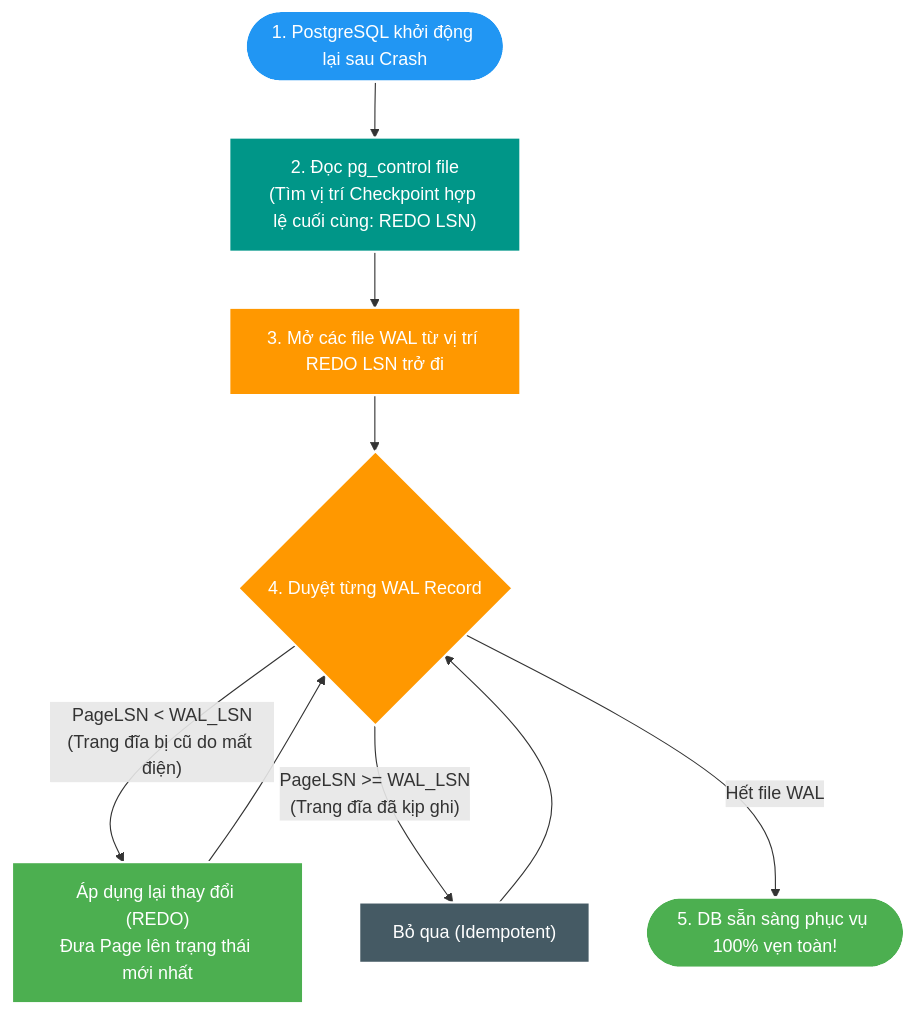
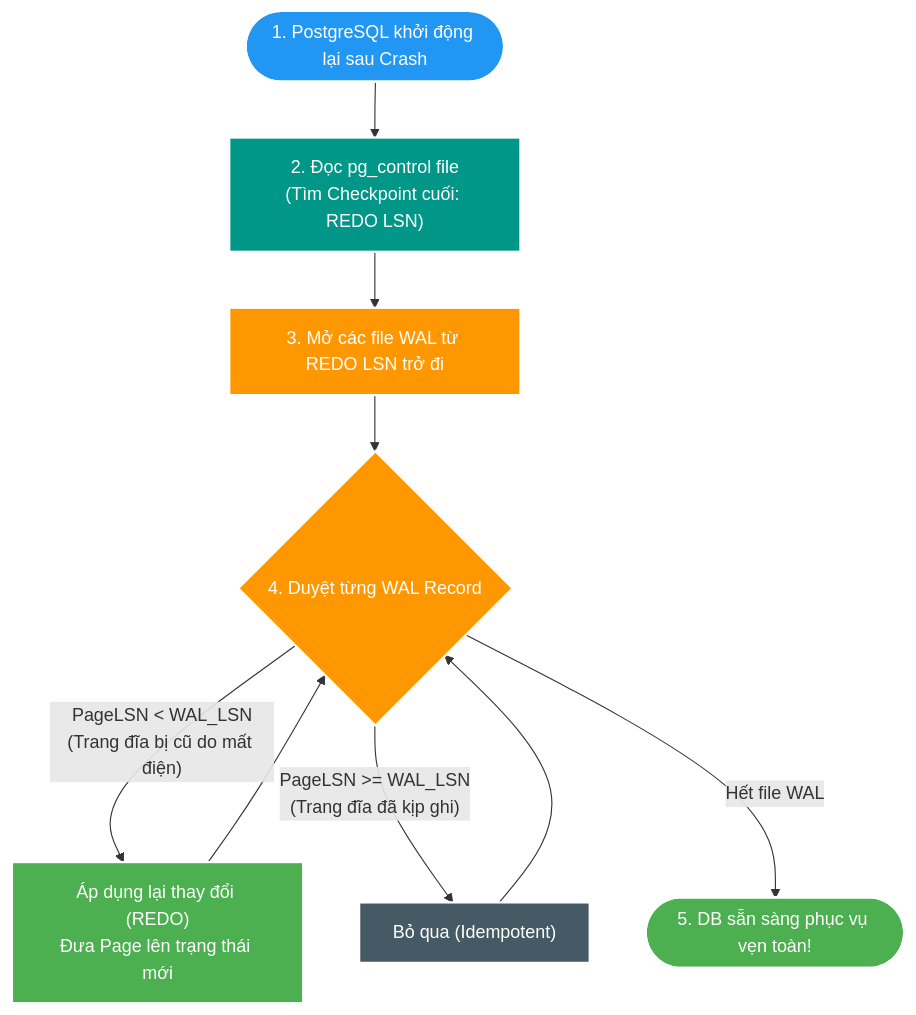
Before and after one commit to HungPhan200591/file-mngt-be-v2: the third of 4 diagrams in manual/learning/deep-dive/write-ahead-logging/01-wal-and-storage-engine-internals.md, drawn with Mermaid. The commit also changed other lines of this file, not shown here.

````diff
--- a/manual/learning/deep-dive/write-ahead-logging/01-wal-and-storage-engine-internals.md
+++ b/manual/learning/deep-dive/write-ahead-logging/01-wal-and-storage-engine-internals.md
@@ -102,22 +102,22 @@
 ```mermaid
 flowchart TD
     BOOT(["1. PostgreSQL khởi động lại sau Crash"])
-    --> READ_CONTROL["2. Đọc pg_control file<br/>(Tìm vị trí Checkpoint hợp lệ cuối cùng: REDO LSN)"]
-    --> SCAN_WAL["3. Mở các file WAL từ vị trí REDO LSN trở đi"]
+    --> READ_CONTROL["2. Đọc pg_control file<br/>(Tìm Checkpoint cuối: REDO LSN)"]
+    --> SCAN_WAL["3. Mở các file WAL từ REDO LSN trở đi"]
     --> REDO_LOOP{"4. Duyệt từng WAL Record"}
 
-    REDO_LOOP -->|"PageLSN &lt; WAL_LSN<br/>(Trang đĩa bị cũ do mất điện)"| APPLY["Áp dụng lại thay đổi (REDO)<br/>Đưa Page lên trạng thái mới nhất"]
+    REDO_LOOP -->|"PageLSN &lt; WAL_LSN<br/>(Trang đĩa bị cũ do mất điện)"| APPLY["Áp dụng lại thay đổi (REDO)<br/>Đưa Page lên trạng thái mới"]
     REDO_LOOP -->|"PageLSN &gt;= WAL_LSN<br/>(Trang đĩa đã kịp ghi)"| SKIP["Bỏ qua (Idempotent)"]
 
     APPLY --> REDO_LOOP
     SKIP --> REDO_LOOP
-    REDO_LOOP -->|Hết file WAL| READY(["5. DB sẵn sàng phục vụ 100% vẹn toàn!"])
+    REDO_LOOP -->|Hết file WAL| READY(["5. DB sẵn sàng phục vụ vẹn toàn!"])
 
     style BOOT fill:#2196F3,stroke:#fff,stroke-width:2px,color:#fff
     style READ_CONTROL fill:#009688,stroke:#fff,stroke-width:2px,color:#fff
     style SCAN_WAL fill:#FF9800,stroke:#fff,stroke-width:2px,color:#fff
     style REDO_LOOP fill:#FF9800,stroke:#fff,stroke-width:2px,color:#fff
     style APPLY fill:#4CAF50,stroke:#fff,stroke-width:2px,color:#fff
     style SKIP fill:#455A64,stroke:#fff,stroke-width:2px,color:#fff
     style READY fill:#4CAF50,stroke:#fff,stroke-width:2px,color:#fff
 ```
````
